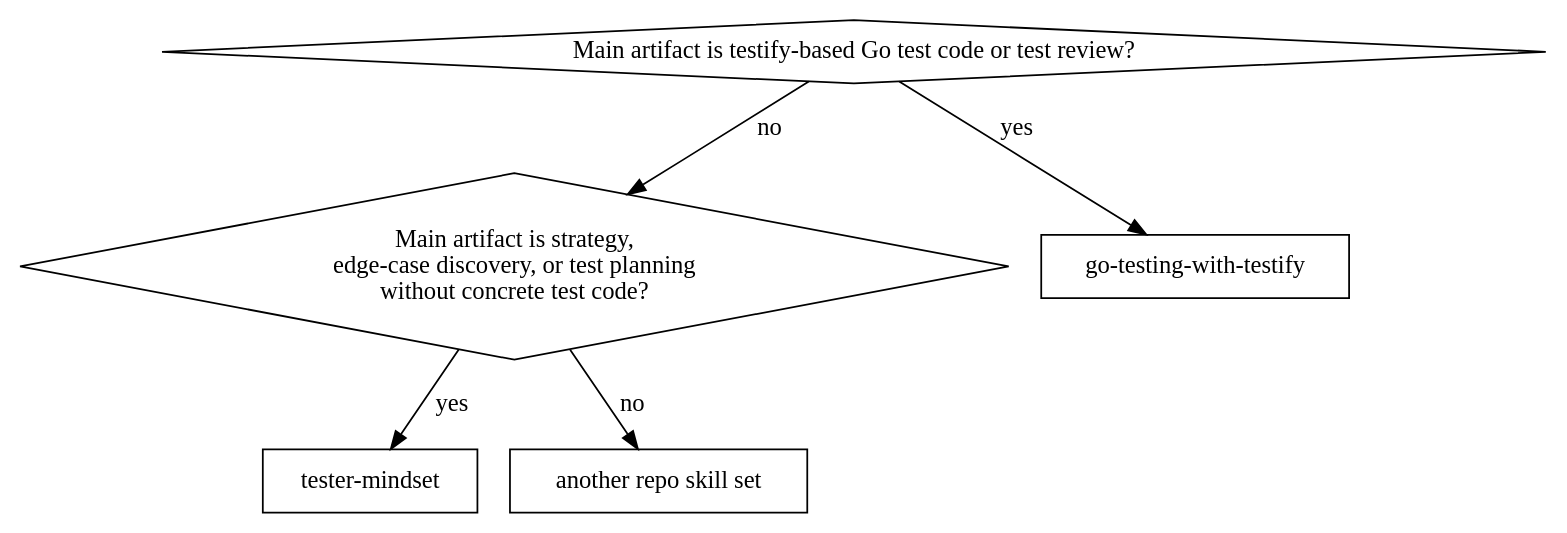
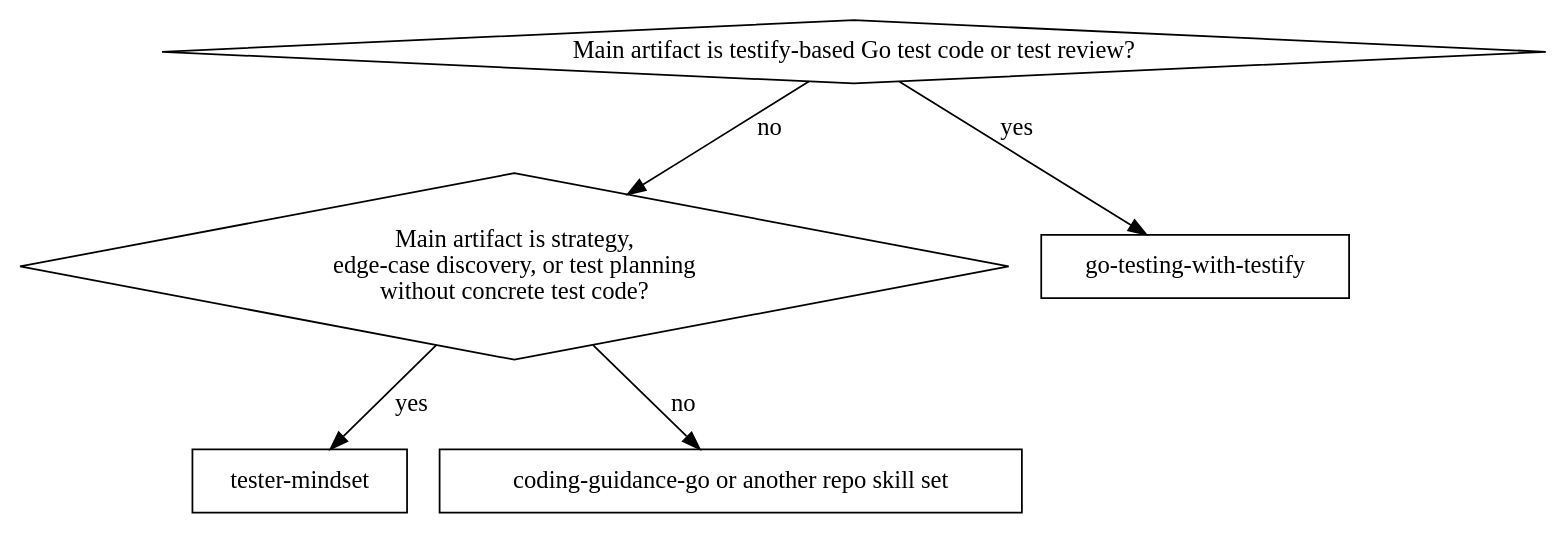
Before and after one commit to n-n-code/n-n-code-skills: the diagram in .agents/skills/go-testing-with-testify/SKILL.md, drawn with Graphviz. The commit also changed other lines of this file and 41 other files, not shown here.

````diff
--- a/.agents/skills/go-testing-with-testify/SKILL.md
+++ b/.agents/skills/go-testing-with-testify/SKILL.md
@@ -48,14 +48,14 @@
 ```dot
 digraph route {
     "Main artifact is testify-based Go test code or test review?" [shape=diamond];
     "Main artifact is strategy,\nedge-case discovery, or test planning\nwithout concrete test code?" [shape=diamond];
     "go-testing-with-testify" [shape=box];
     "tester-mindset" [shape=box];
-    "another repo skill set" [shape=box];
+    "coding-guidance-go or another repo skill set" [shape=box];
 
     "Main artifact is testify-based Go test code or test review?" -> "go-testing-with-testify" [label="yes"];
     "Main artifact is testify-based Go test code or test review?" -> "Main artifact is strategy,\nedge-case discovery, or test planning\nwithout concrete test code?" [label="no"];
     "Main artifact is strategy,\nedge-case discovery, or test planning\nwithout concrete test code?" -> "tester-mindset" [label="yes"];
-    "Main artifact is strategy,\nedge-case discovery, or test planning\nwithout concrete test code?" -> "another repo skill set" [label="no"];
+    "Main artifact is strategy,\nedge-case discovery, or test planning\nwithout concrete test code?" -> "coding-guidance-go or another repo skill set" [label="no"];
 }
 ```
````
